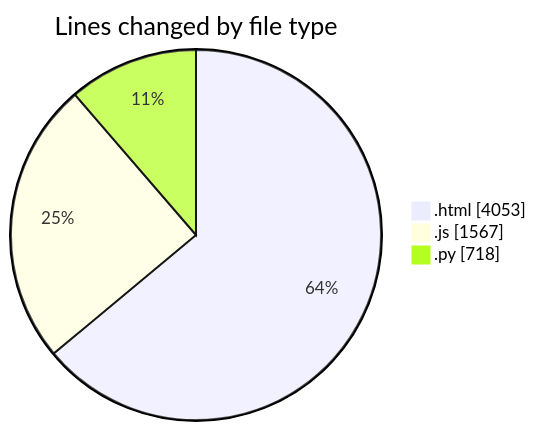
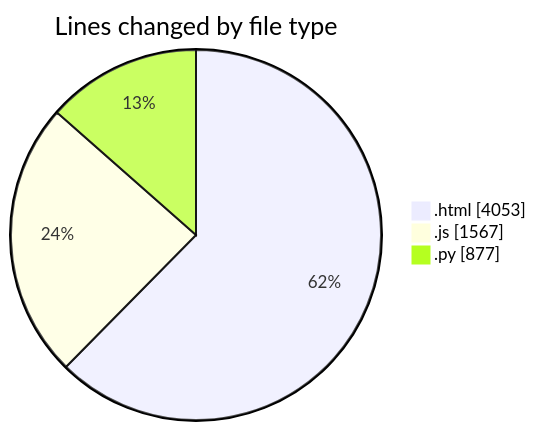
Before and after one commit to shibass792/code-tracking: the first of 2 diagrams in 2026-07-15/shibass-ai/README.md, drawn with Mermaid. The commit also changed other lines of this file and 1 other file, not shown here.

````diff
--- a/2026-07-15/shibass-ai/README.md
+++ b/2026-07-15/shibass-ai/README.md
@@ -24,7 +24,7 @@
 ```mermaid
 pie showData
 title Lines changed by file type
 ".html" : 4053
 ".js" : 1567
-".py" : 718
+".py" : 877
 ```
````
